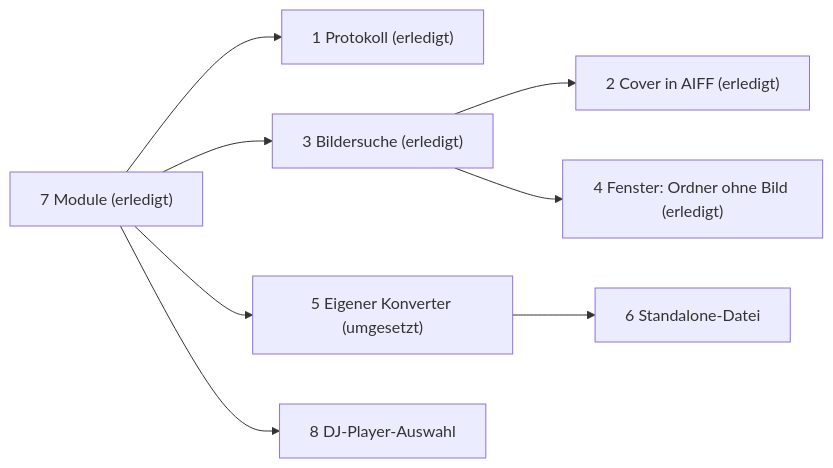
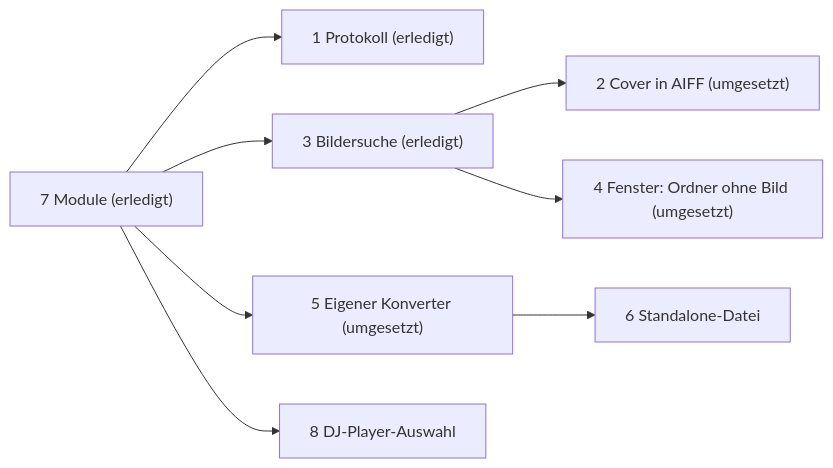
The diagram in wiki/offen.md (Senci/audio-konverter), drawn with Mermaid before and after one commit. The commit also changed other lines of this file and 7 other files, not shown here.

````diff
--- a/wiki/offen.md
+++ b/wiki/offen.md
@@ -3,10 +3,10 @@
 ```mermaid
 flowchart LR
     M["7 Module (erledigt)"] --> P["1 Protokoll (erledigt)"]
     M --> B["3 Bildersuche (erledigt)"]
     M --> K["5 Eigener Konverter (umgesetzt)"]
     M --> D["8 DJ-Player-Auswahl"]
-    B --> C["2 Cover in AIFF (erledigt)"]
-    B --> N["4 Fenster: Ordner ohne Bild (erledigt)"]
+    B --> C["2 Cover in AIFF (umgesetzt)"]
+    B --> N["4 Fenster: Ordner ohne Bild (umgesetzt)"]
     K --> S["6 Standalone-Datei"]
 ```
````
